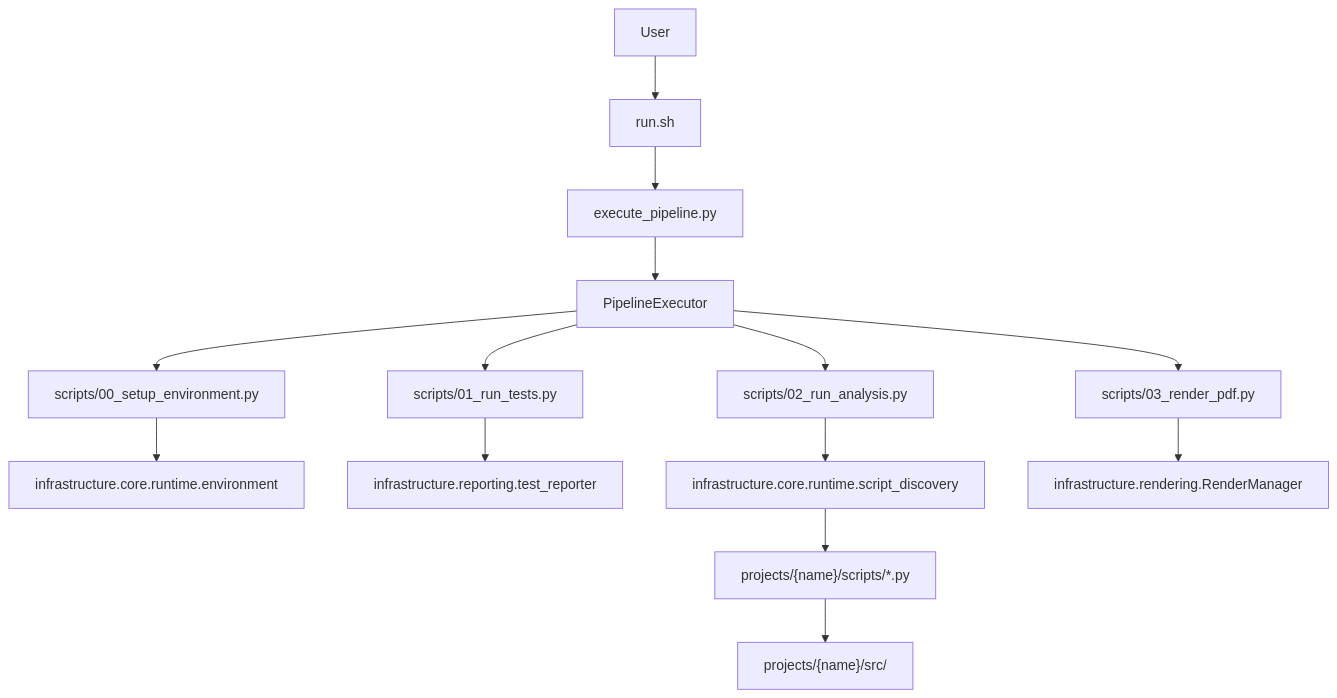
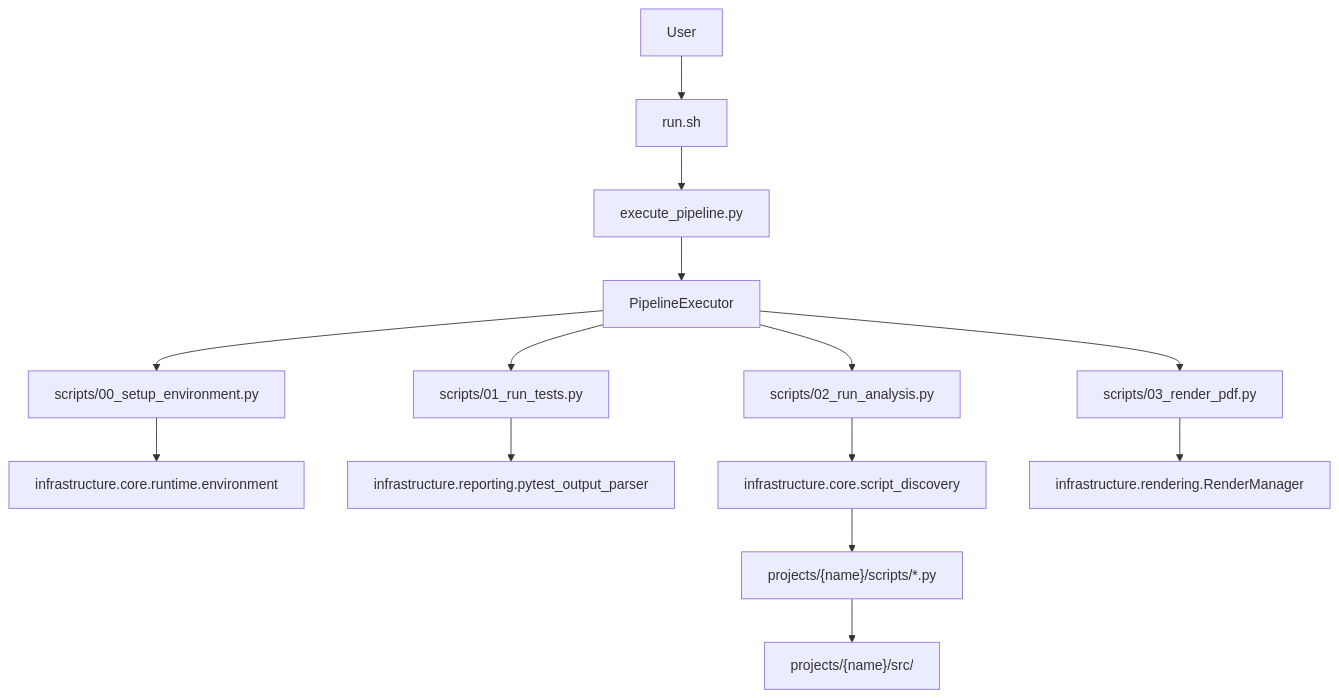
One commit to docxology/template changed the second of 2 diagrams in docs/RUN_GUIDE.md. Above: the diagram before and after it, drawn with Mermaid. The commit also changed other lines of this file and 952 other files, not shown here.

````diff
--- a/docs/RUN_GUIDE.md
+++ b/docs/RUN_GUIDE.md
@@ -56,18 +56,18 @@
 ```mermaid
 graph TD
     A[User] --> B[run.sh]
     B --> C[execute_pipeline.py]
     C --> D[PipelineExecutor]
     D --> E[scripts/00_setup_environment.py]
     D --> F[scripts/01_run_tests.py]
     D --> G[scripts/02_run_analysis.py]
     D --> H[scripts/03_render_pdf.py]
 
     E --> I[infrastructure.core.runtime.environment]
-    F --> J[infrastructure.reporting.test_reporter]
-    G --> K[infrastructure.core.runtime.script_discovery]
+    F --> J[infrastructure.reporting.pytest_output_parser]
+    G --> K[infrastructure.core.script_discovery]
     H --> L[infrastructure.rendering.RenderManager]
 
     K --> M["projects/{name}/scripts/*.py"]
     M --> N["projects/{name}/src/"]
 ```
````
